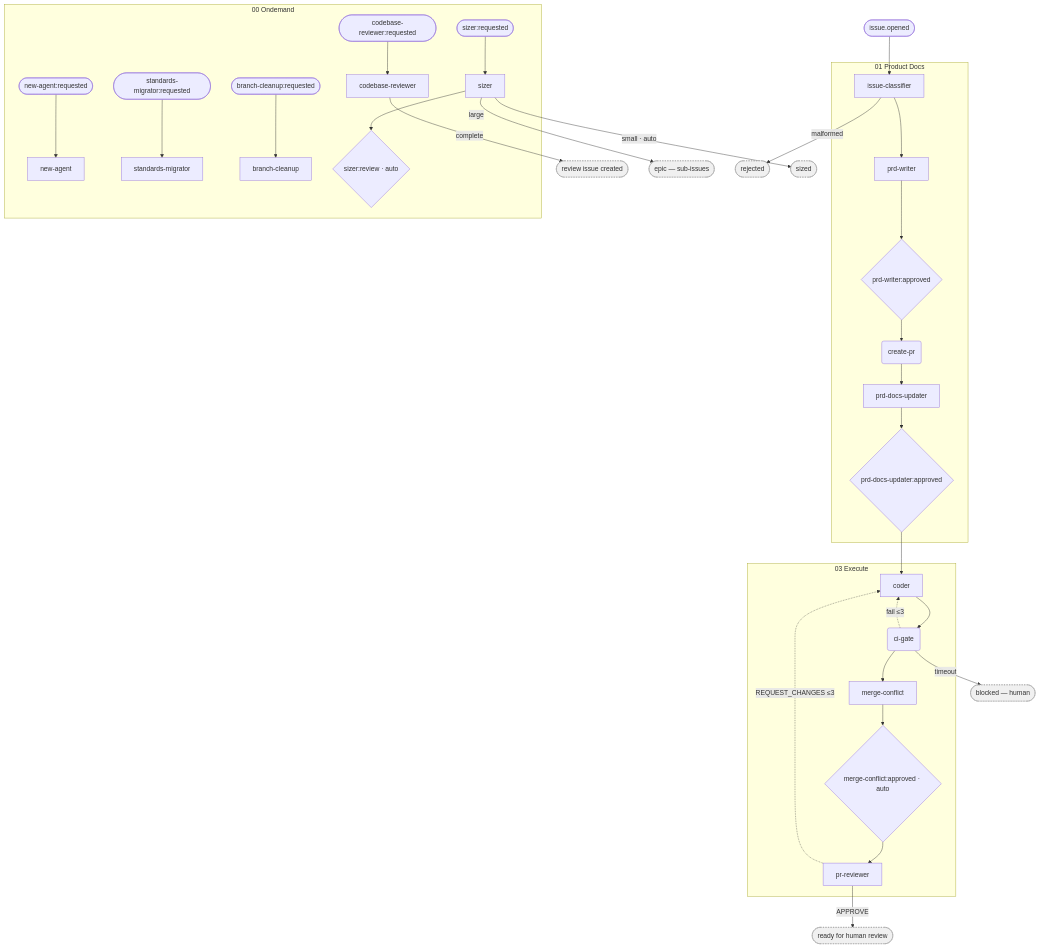
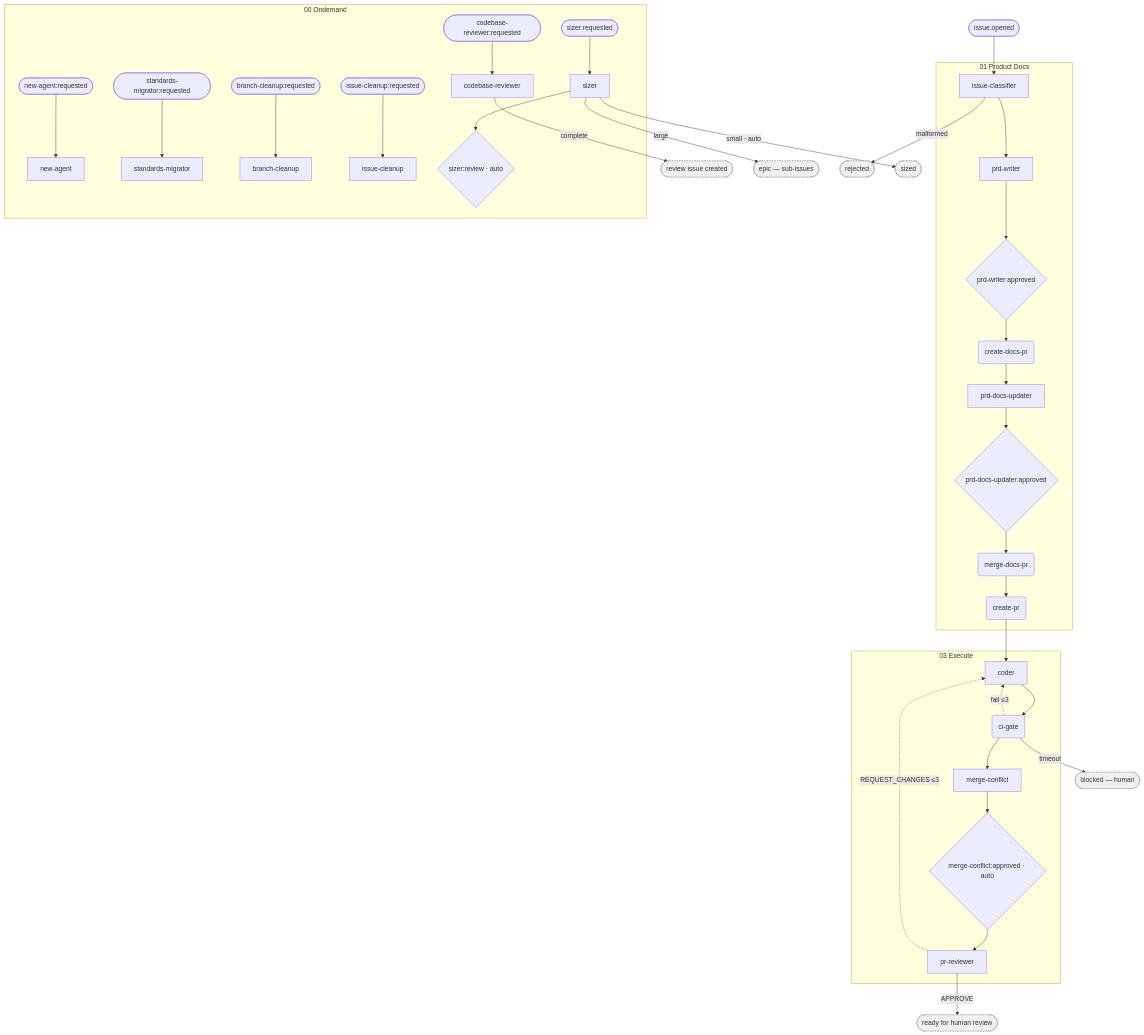
Before and after one commit to M-A-Operating-System/ai-coding-standards2: the diagram in docs/product/orchestrator/generated/pipeline_phases.mmd, drawn with Mermaid. The commit also changed 11 other files, not shown here.

```diff
--- a/docs/product/orchestrator/generated/pipeline_phases.mmd
+++ b/docs/product/orchestrator/generated/pipeline_phases.mmd
@@ -1,62 +1,69 @@
 flowchart TD
     entry_n_01_product_docs__issue_classifier(["issue.opened"])
     subgraph 01_product_docs["01 Product Docs"]
         n_01_product_docs__issue_classifier["issue-classifier"]
         n_01_product_docs__prd_writer["prd-writer"]
+        n_01_product_docs__create_docs_pr("create-docs-pr")
         n_01_product_docs__create_pr("create-pr")
         n_01_product_docs__prd_docs_updater["prd-docs-updater"]
+        n_01_product_docs__merge_docs_pr("merge-docs-pr")
         gate__n_01_product_docs__prd_writer{"prd-writer:approved"}
         gate__n_01_product_docs__prd_docs_updater{"prd-docs-updater:approved"}
     end
     subgraph 03_execute["03 Execute"]
         n_03_execute__coder["coder"]
         n_03_execute__ci_gate("ci-gate")
         n_03_execute__merge_conflict["merge-conflict"]
         n_03_execute__pr_reviewer["pr-reviewer"]
         gate__n_03_execute__merge_conflict{"merge-conflict:approved · auto"}
     end
     subgraph 00_ondemand["00 Ondemand"]
         entry_n_00_ondemand__codebase_reviewer(["codebase-reviewer:requested"])
         entry_n_00_ondemand__sizer(["sizer:requested"])
         entry_n_00_ondemand__new_agent(["new-agent:requested"])
         entry_n_00_ondemand__standards_migrator(["standards-migrator:requested"])
         entry_n_00_ondemand__branch_cleanup(["branch-cleanup:requested"])
+        entry_n_00_ondemand__issue_cleanup(["issue-cleanup:requested"])
         n_00_ondemand__codebase_reviewer["codebase-reviewer"]
         n_00_ondemand__sizer["sizer"]
         n_00_ondemand__new_agent["new-agent"]
         n_00_ondemand__standards_migrator["standards-migrator"]
         n_00_ondemand__branch_cleanup["branch-cleanup"]
+        n_00_ondemand__issue_cleanup["issue-cleanup"]
         gate__n_00_ondemand__sizer{"sizer:review · auto"}
     end
     term_blocked(["blocked — human"]):::term
     term_cr_done(["review issue created"]):::term
     term_epic(["epic — sub-issues"]):::term
     term_ready(["ready for human review"]):::term
     term_rejected(["rejected"]):::term
     term_sized(["sized"]):::term
     entry_n_01_product_docs__issue_classifier --> n_01_product_docs__issue_classifier
     entry_n_00_ondemand__codebase_reviewer --> n_00_ondemand__codebase_reviewer
     entry_n_00_ondemand__sizer --> n_00_ondemand__sizer
     entry_n_00_ondemand__new_agent --> n_00_ondemand__new_agent
     entry_n_00_ondemand__standards_migrator --> n_00_ondemand__standards_migrator
     entry_n_00_ondemand__branch_cleanup --> n_00_ondemand__branch_cleanup
+    entry_n_00_ondemand__issue_cleanup --> n_00_ondemand__issue_cleanup
     n_01_product_docs__prd_writer --> gate__n_01_product_docs__prd_writer
     n_01_product_docs__prd_docs_updater --> gate__n_01_product_docs__prd_docs_updater
     n_03_execute__merge_conflict --> gate__n_03_execute__merge_conflict
     n_00_ondemand__sizer --> gate__n_00_ondemand__sizer
     n_01_product_docs__issue_classifier --> n_01_product_docs__prd_writer
-    gate__n_01_product_docs__prd_writer --> n_01_product_docs__create_pr
-    n_01_product_docs__create_pr --> n_01_product_docs__prd_docs_updater
-    gate__n_01_product_docs__prd_docs_updater --> n_03_execute__coder
+    gate__n_01_product_docs__prd_writer --> n_01_product_docs__create_docs_pr
+    n_01_product_docs__merge_docs_pr --> n_01_product_docs__create_pr
+    n_01_product_docs__create_docs_pr --> n_01_product_docs__prd_docs_updater
+    gate__n_01_product_docs__prd_docs_updater --> n_01_product_docs__merge_docs_pr
+    n_01_product_docs__create_pr --> n_03_execute__coder
     n_03_execute__coder --> n_03_execute__ci_gate
     n_03_execute__ci_gate --> n_03_execute__merge_conflict
     gate__n_03_execute__merge_conflict --> n_03_execute__pr_reviewer
     n_03_execute__pr_reviewer -. REQUEST_CHANGES ≤3 .-> n_03_execute__coder
     n_03_execute__ci_gate -. fail ≤3 .-> n_03_execute__coder
     n_01_product_docs__issue_classifier -->|malformed| term_rejected
     n_03_execute__ci_gate -->|timeout| term_blocked
     n_03_execute__pr_reviewer -->|APPROVE| term_ready
     n_00_ondemand__sizer -->|small · auto| term_sized
     n_00_ondemand__sizer -->|large| term_epic
     n_00_ondemand__codebase_reviewer -->|complete| term_cr_done
     classDef term fill:#f0f0f0,stroke:#999,stroke-dasharray:3
```
